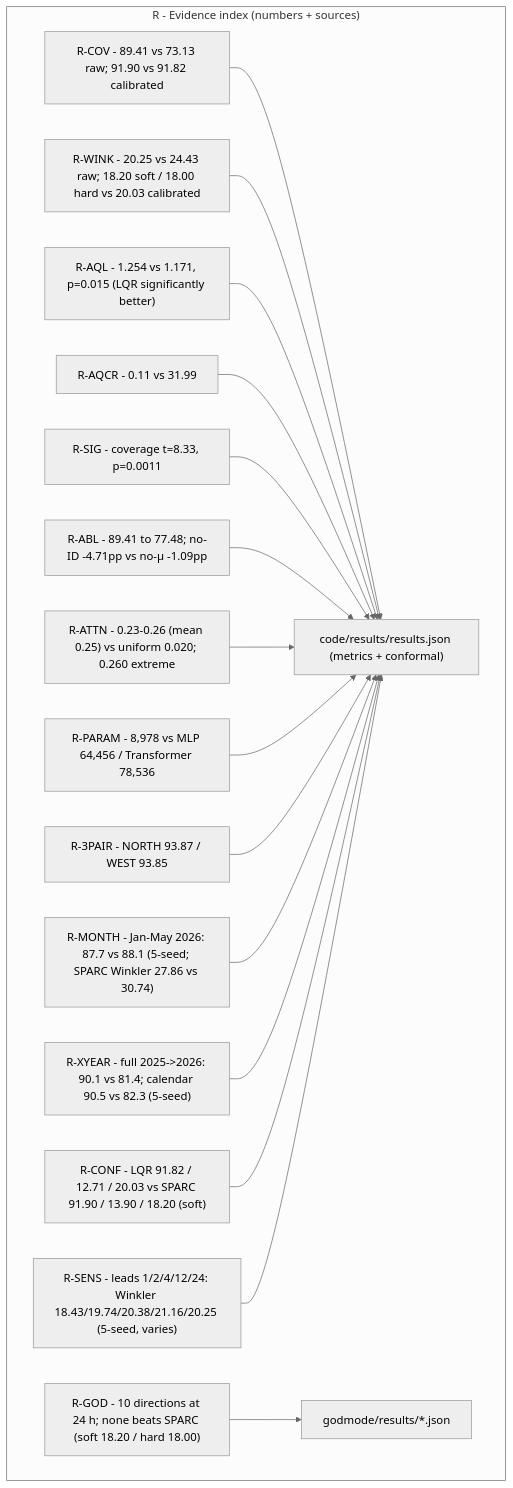
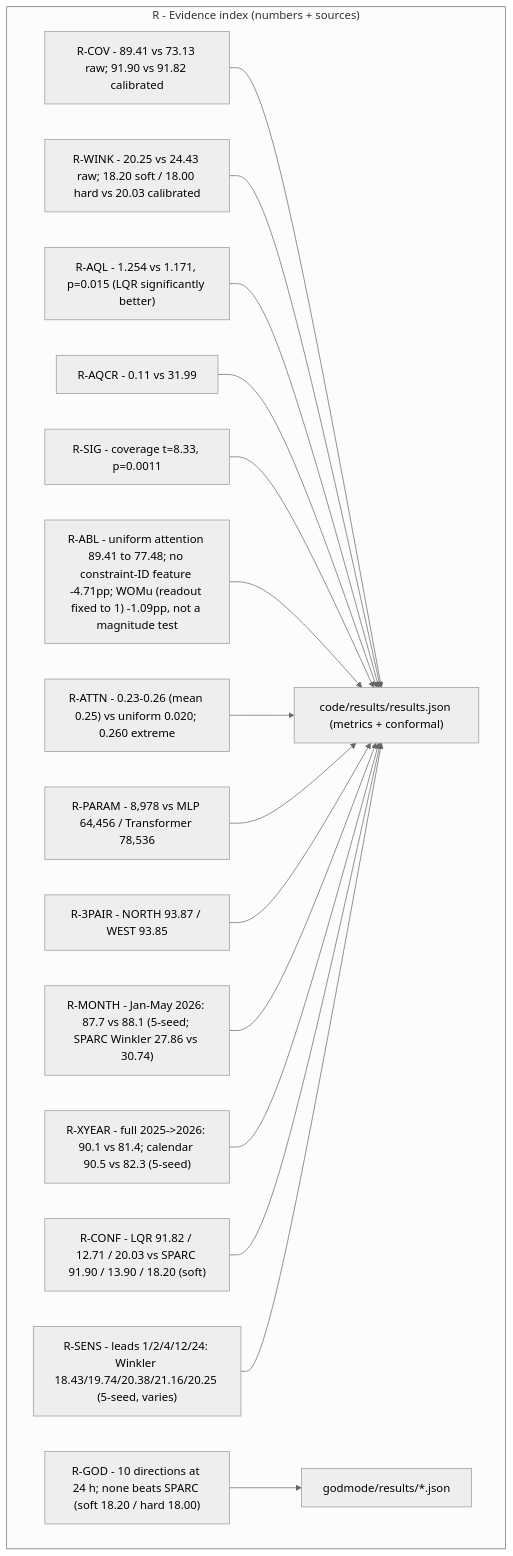
Before and after one commit to L1ZLe/ercot-casp-paper: the diagram in docs/explanation/07-sparc-full-11-G_R.mmd, drawn with Mermaid (neutral theme). The commit also changed 44 other files, not shown here.

```diff
--- a/docs/explanation/07-sparc-full-11-G_R.mmd
+++ b/docs/explanation/07-sparc-full-11-G_R.mmd
@@ -1,17 +1,17 @@
 flowchart TD
 subgraph G_R["R - Evidence index (numbers + sources)"]
     R1["R-COV - 89.41 vs 73.13 raw; 91.90 vs 91.82 calibrated"] --> SRC1["code/results/results.json (metrics + conformal)"]
     R2["R-WINK - 20.25 vs 24.43 raw; 18.20 soft / 18.00 hard vs 20.03 calibrated"] --> SRC1
     R3["R-AQL - 1.254 vs 1.171, p=0.015 (LQR significantly better)"] --> SRC1
     R4["R-AQCR - 0.11 vs 31.99"] --> SRC1
     R5["R-SIG - coverage t=8.33, p=0.0011"] --> SRC1
-    R6["R-ABL - 89.41 to 77.48; no-ID -4.71pp vs no-μ -1.09pp"] --> SRC1
+    R6["R-ABL - uniform attention 89.41 to 77.48; no constraint-ID feature -4.71pp; WOMu (readout fixed to 1) -1.09pp, not a magnitude test"] --> SRC1
     R7["R-ATTN - 0.23-0.26 (mean 0.25) vs uniform 0.020; 0.260 extreme"] --> SRC1
     R8["R-PARAM - 8,978 vs MLP 64,456 / Transformer 78,536"] --> SRC1
     R9["R-3PAIR - NORTH 93.87 / WEST 93.85"] --> SRC1
     R10["R-MONTH - Jan-May 2026: 87.7 vs 88.1 (5-seed; SPARC Winkler 27.86 vs 30.74)"] --> SRC1
     R11["R-XYEAR - full 2025->2026: 90.1 vs 81.4; calendar 90.5 vs 82.3 (5-seed)"] --> SRC1
     R12["R-CONF - LQR 91.82 / 12.71 / 20.03 vs SPARC 91.90 / 13.90 / 18.20 (soft)"] --> SRC1
     R13["R-SENS - leads 1/2/4/12/24: Winkler 18.43/19.74/20.38/21.16/20.25 (5-seed, varies)"] --> SRC1
     R14["R-GOD - 10 directions at 24 h; none beats SPARC (soft 18.20 / hard 18.00)"] --> SRC2["godmode/results/*.json"]
   end
```
